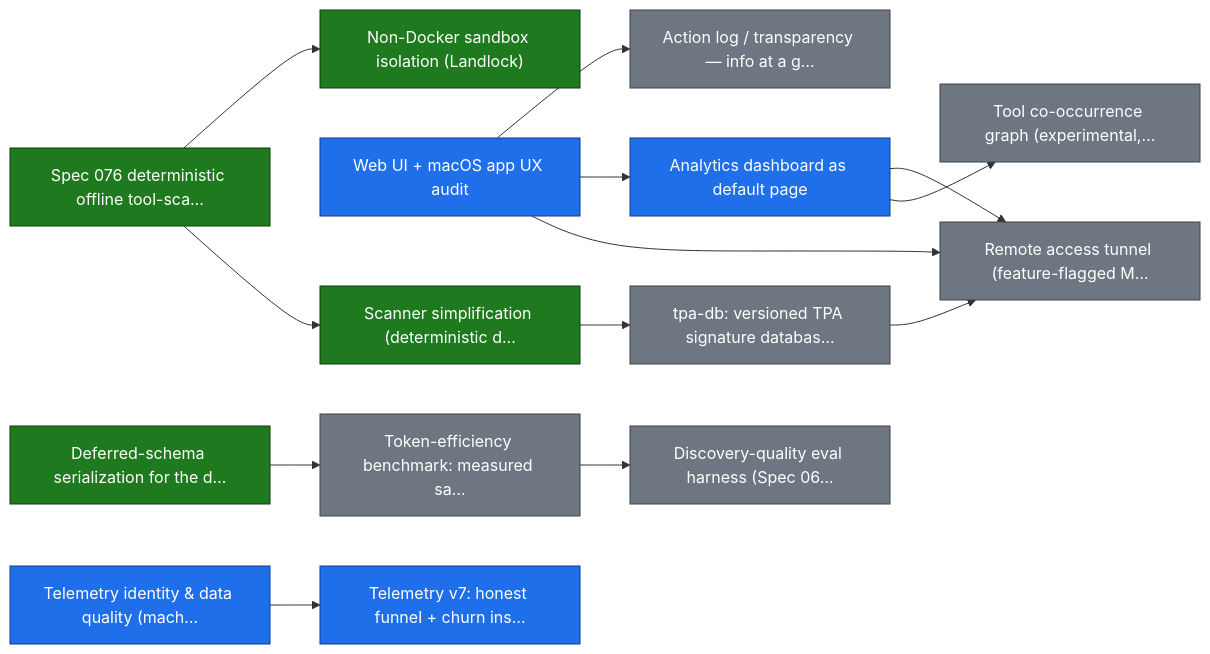
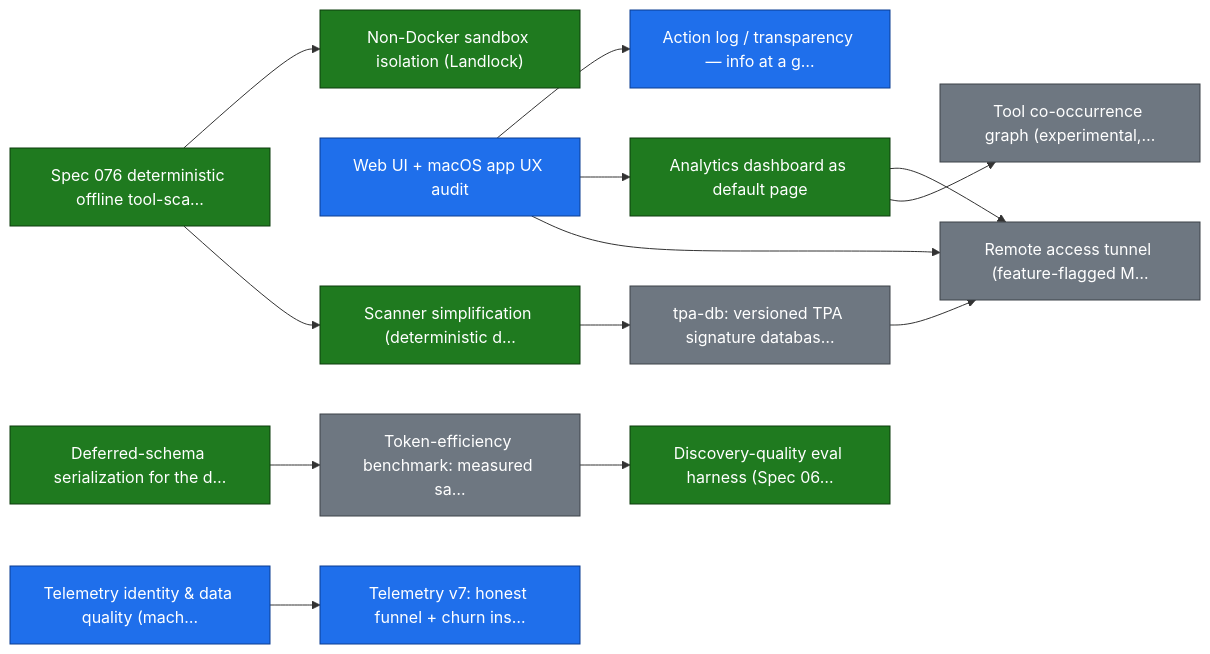
Before and after one commit to smart-mcp-proxy/mcpproxy-go: the first of 20 diagrams in ROADMAP.md, drawn with Mermaid. The commit also changed other lines of this file and 2 other files, not shown here.

````diff
--- a/ROADMAP.md
+++ b/ROADMAP.md
@@ -36,37 +36,37 @@
 ```mermaid
 graph LR
   sandbox_isolation["Non-Docker sandbox isolation (Landlock)"]
   scanner_v2["Spec 076 deterministic offline tool-sca…"]
   ux_audit["Web UI + macOS app UX audit"]
   action_log_transparency["Action log / transparency — info at a g…"]
   analytics_dashboard["Analytics dashboard as default page"]
   scanner_simplification["Scanner simplification (deterministic d…"]
   tpa_db["tpa-db: versioned TPA signature databas…"]
   remote_access_tunnel["Remote access tunnel (feature-flagged M…"]
   schema_deferred["Deferred-schema serialization for the d…"]
   token_bench["Token-efficiency benchmark: measured sa…"]
   tool_graph["Tool co-occurrence graph (experimental,…"]
   telemetry_identity["Telemetry identity & data quality (mach…"]
   telemetry_v7_churn["Telemetry v7: honest funnel + churn ins…"]
   discovery_eval_harness["Discovery-quality eval harness (Spec 06…"]
 
   scanner_v2 --> sandbox_isolation
   ux_audit --> action_log_transparency
   ux_audit --> analytics_dashboard
   scanner_v2 --> scanner_simplification
   scanner_simplification --> tpa_db
   tpa_db --> remote_access_tunnel
   ux_audit --> remote_access_tunnel
   analytics_dashboard --> remote_access_tunnel
   schema_deferred --> token_bench
   analytics_dashboard --> tool_graph
   telemetry_identity --> telemetry_v7_churn
   token_bench --> discovery_eval_harness
 
   classDef done fill:#1f7a1f,stroke:#0d3d0d,color:#ffffff;
   classDef in_progress fill:#1f6feb,stroke:#0b3d91,color:#ffffff;
   classDef todo fill:#6e7781,stroke:#3d4248,color:#ffffff;
-  class sandbox_isolation,scanner_v2,scanner_simplification,schema_deferred done;
-  class ux_audit,analytics_dashboard,telemetry_identity,telemetry_v7_churn in_progress;
-  class action_log_transparency,tpa_db,remote_access_tunnel,token_bench,tool_graph,discovery_eval_harness todo;
+  class sandbox_isolation,scanner_v2,analytics_dashboard,scanner_simplification,schema_deferred,discovery_eval_harness done;
+  class ux_audit,action_log_transparency,telemetry_identity,telemetry_v7_churn in_progress;
+  class tpa_db,remote_access_tunnel,token_bench,tool_graph todo;
 ```
````
